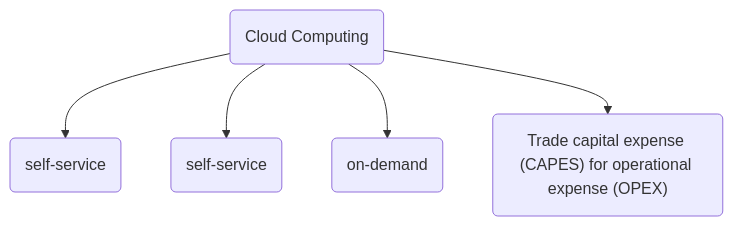
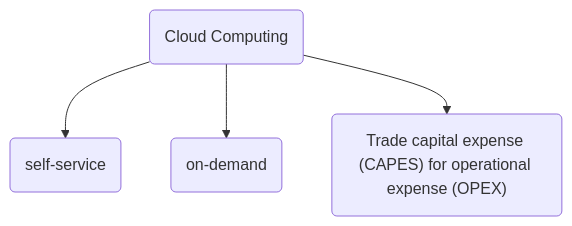
The first of 4 diagrams in docs/certificaciones/aws.md (CarlosNaranjoMx/01_mkdocs), drawn with Mermaid before and after one commit. The commit also changed other lines of this file and 3 other files, not shown here.

````diff
--- a/docs/certificaciones/aws.md
+++ b/docs/certificaciones/aws.md
@@ -5,7 +5,6 @@
 ```mermaid
 flowchart TD
     G(Cloud Computing) --> H(self-service)
-    G --> I(self-service)
     G --> J(on-demand)
     G --> K("Trade capital expense (CAPES) for operational expense (OPEX)")
 ```
````
